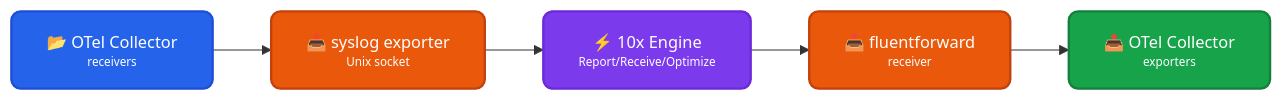
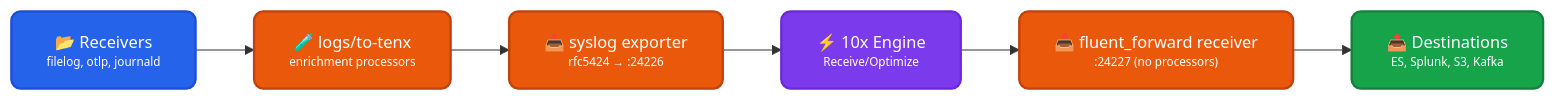
The diagram in pipelines/run/modules/input/forwarder/otel-collector/doc.md (log-10x/modules), drawn with Mermaid before and after one commit. The commit also changed other lines of this file and 24 other files, not shown here.

Commit message:
Otel Collector to use full sidecar pattern

````diff
--- a/pipelines/run/modules/input/forwarder/otel-collector/doc.md
+++ b/pipelines/run/modules/input/forwarder/otel-collector/doc.md
@@ -11,18 +14,20 @@
 ```mermaid
 graph LR
-    A["<div style='font-size: 14px;'>📂 OTel Collector</div><div style='font-size: 10px;'>receivers</div>"] --> B["<div style='font-size: 14px;'>📤 syslog exporter</div><div style='font-size: 10px;'>Unix socket</div>"]
-    B --> C["<div style='font-size: 14px;'>⚡ 10x Engine</div><div style='font-size: 10px;'>Report/Receive/Optimize</div>"]
-    C --> D["<div style='font-size: 14px;'>📥 fluentforward</div><div style='font-size: 10px;'>receiver</div>"]
-    D --> E["<div style='font-size: 14px;'>📤 OTel Collector</div><div style='font-size: 10px;'>exporters</div>"]
+    A["<div style='font-size: 14px;'>📂 Receivers</div><div style='font-size: 10px;'>filelog, otlp, journald</div>"] --> F["<div style='font-size: 14px;'>🧪 logs/to-tenx</div><div style='font-size: 10px;'>enrichment processors</div>"]
+    F --> B["<div style='font-size: 14px;'>📤 syslog exporter</div><div style='font-size: 10px;'>rfc5424 → :24226</div>"]
+    B --> E["<div style='font-size: 14px;'>⚡ 10x Engine</div><div style='font-size: 10px;'>Receive/Optimize</div>"]
+    E --> C["<div style='font-size: 14px;'>📥 fluent_forward receiver</div><div style='font-size: 10px;'>:24227 (no processors)</div>"]
+    C --> D["<div style='font-size: 14px;'>📤 Destinations</div><div style='font-size: 10px;'>ES, Splunk, S3, Kafka</div>"]
 
     classDef input fill:#2563eb,stroke:#1d4ed8,color:#ffffff,stroke-width:2px,rx:8,ry:8
-    classDef exporter fill:#ea580c,stroke:#c2410c,color:#ffffff,stroke-width:2px,rx:8,ry:8
+    classDef filter fill:#ea580c,stroke:#c2410c,color:#ffffff,stroke-width:2px,rx:8,ry:8
     classDef engine fill:#7c3aed,stroke:#6d28d9,color:#ffffff,stroke-width:2px,rx:8,ry:8
     classDef output fill:#16a34a,stroke:#15803d,color:#ffffff,stroke-width:2px,rx:8,ry:8
 
     class A input
-    class B exporter
-    class C engine
-    class D exporter
-    class E output
+    class B filter
+    class C filter
+    class D output
+    class E engine
+    class F filter
 ```
````
